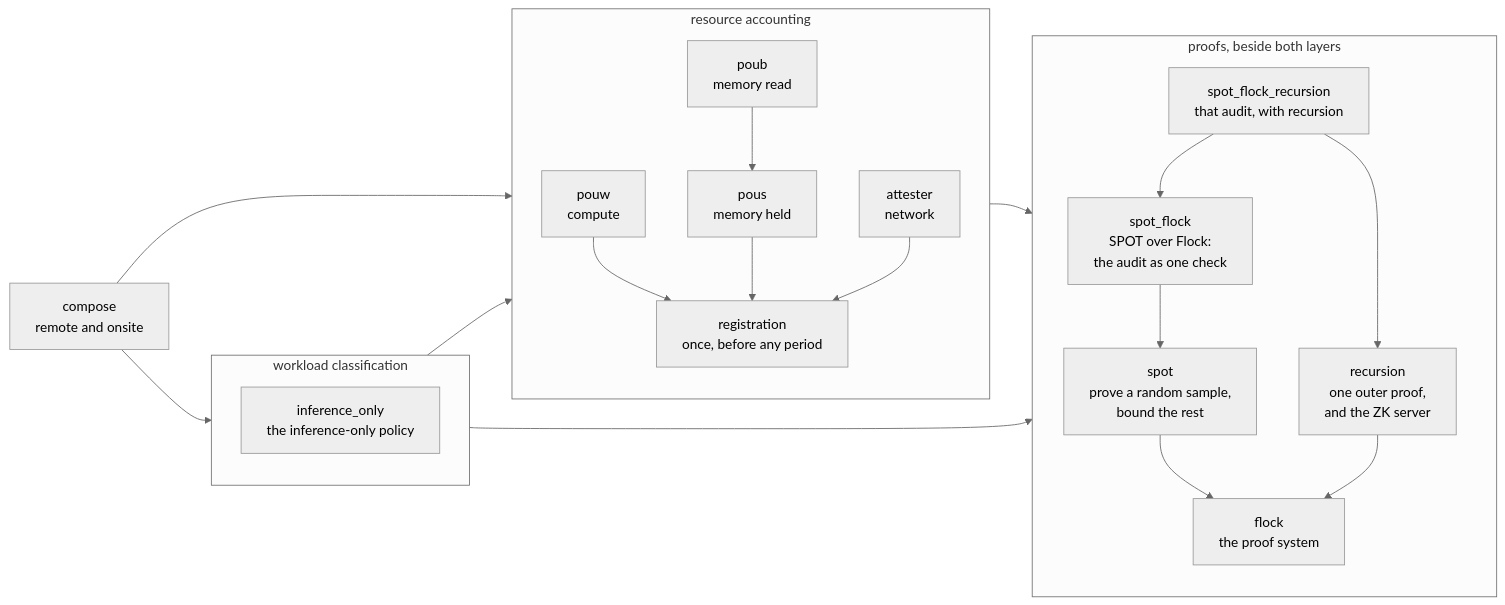
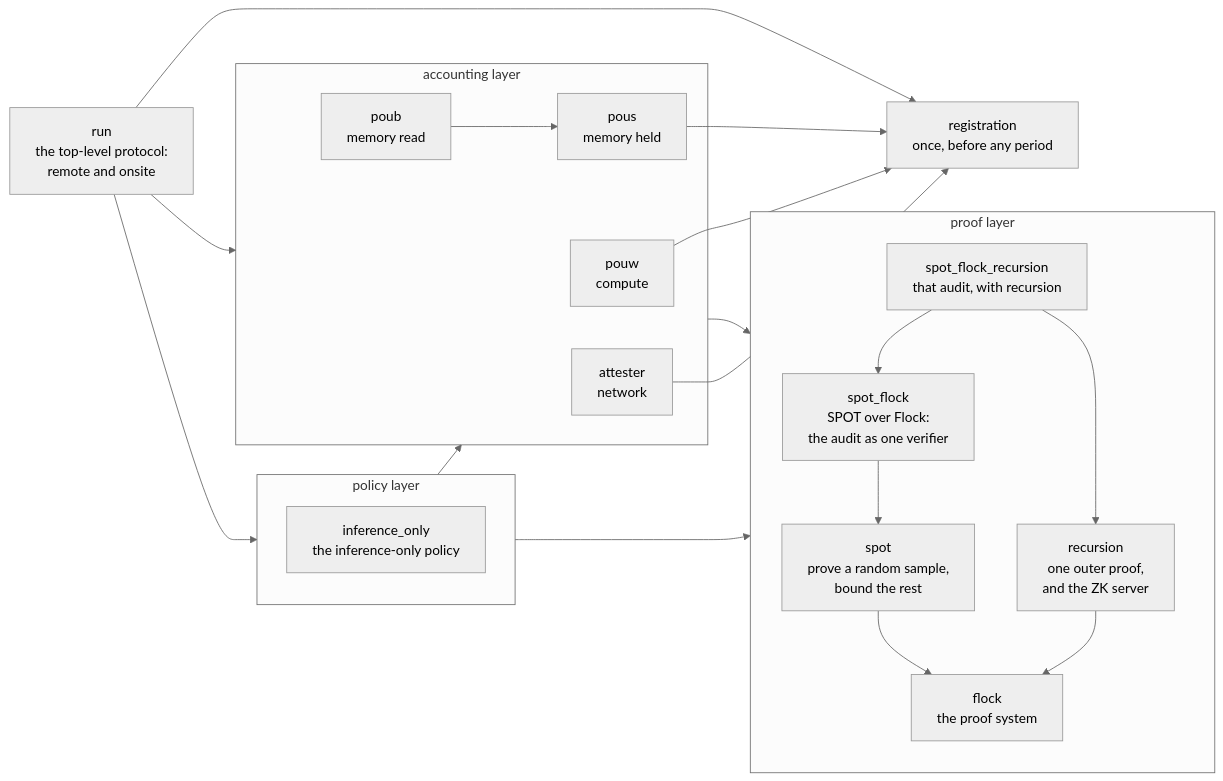
Before and after one commit to compute-verification/verity: the fourth of 5 diagrams in ARCHITECTURE.md, drawn with Mermaid (neutral theme). The commit also changed other lines of this file, not shown here.

Commit message:
ARCHITECTURE.md: four protocols with run as the orchestrator, the workload as private input, hardware as a public parameter, library/, adapters, Lean as the only verifier

````diff
--- a/ARCHITECTURE.md
+++ b/ARCHITECTURE.md
@@ -160,35 +163,36 @@
 ```mermaid
 flowchart LR
-    compose["compose<br/>remote and onsite"]
-    subgraph accounting["resource accounting"]
-        registration["registration<br/>once, before any period"]
+    run["run<br/>the top-level protocol:<br/>remote and onsite"]
+    registration["registration<br/>once, before any period"]
+    subgraph accounting["accounting layer"]
         pouw["pouw<br/>compute"]
         pous["pous<br/>memory held"]
         poub["poub<br/>memory read"]
         attester["attester<br/>network"]
     end
-    subgraph policy["workload classification"]
+    subgraph policy["policy layer"]
         io["inference_only<br/>the inference-only policy"]
     end
-    subgraph proofs["proofs, beside both layers"]
+    subgraph proofs["proof layer"]
         spot["spot<br/>prove a random sample,<br/>bound the rest"]
         recursion["recursion<br/>one outer proof,<br/>and the ZK server"]
-        spot_flock["spot_flock<br/>SPOT over Flock:<br/>the audit as one check"]
+        spot_flock["spot_flock<br/>SPOT over Flock:<br/>the audit as one verifier"]
         spot_flock_recursion["spot_flock_recursion<br/>that audit, with recursion"]
         flock["flock<br/>the proof system"]
     end
-    compose --> accounting
-    compose --> policy
+    run --> registration
+    run --> accounting
+    run --> policy
     policy --> accounting
     accounting --> proofs
     policy --> proofs
     poub --> pous
     pouw --> registration
     pous --> registration
     attester --> registration
     spot --> flock
     recursion --> flock
     spot_flock --> spot
     spot_flock_recursion --> spot_flock
     spot_flock_recursion --> recursion
 ```
````
